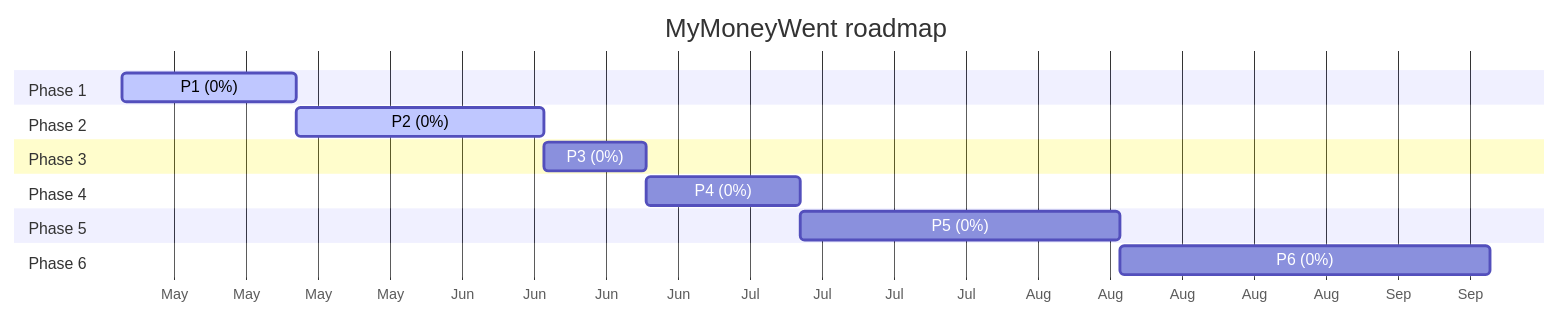
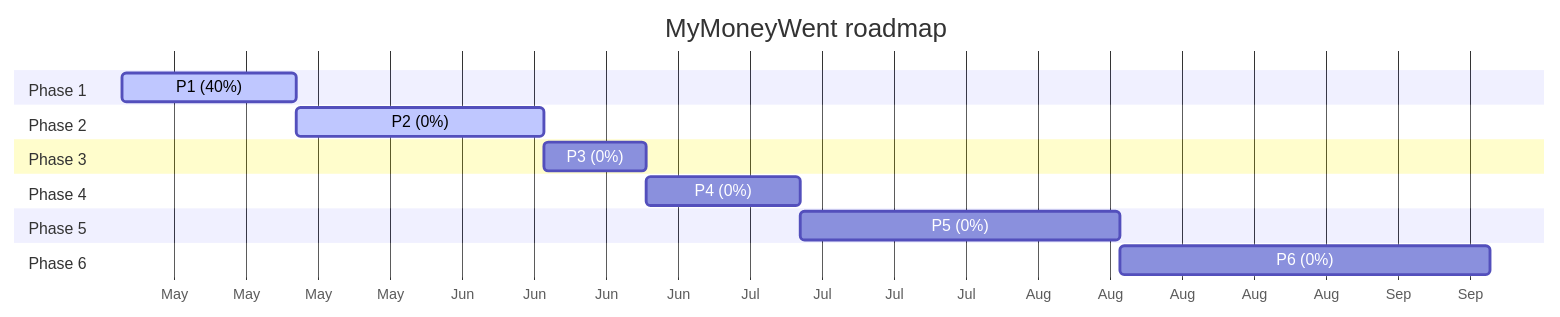
Before and after one commit to maingocanh1702/my-money-went-bot: the diagram in docs/dashboard.md, drawn with Mermaid. The commit also changed other lines of this file and 1 other file, not shown here.

````diff
--- a/docs/dashboard.md
+++ b/docs/dashboard.md
@@ -98,18 +98,18 @@
 ```mermaid
 gantt
     title MyMoneyWent roadmap
     dateFormat YYYY-MM-DD
     axisFormat %b
     section Phase 1
-    P1 (0%) : active, 2026-05-05, 2026-05-22
+    P1 (40%) : active, 2026-05-05, 2026-05-22
     section Phase 2
     P2 (0%) : active, 2026-05-22, 2026-06-15
     section Phase 3
     P3 (0%) : 2026-06-15, 2026-06-25
     section Phase 4
     P4 (0%) : 2026-06-25, 2026-07-10
     section Phase 5
     P5 (0%) : 2026-07-10, 2026-08-10
     section Phase 6
     P6 (0%) : 2026-08-10, 2026-09-15
 ```
````
